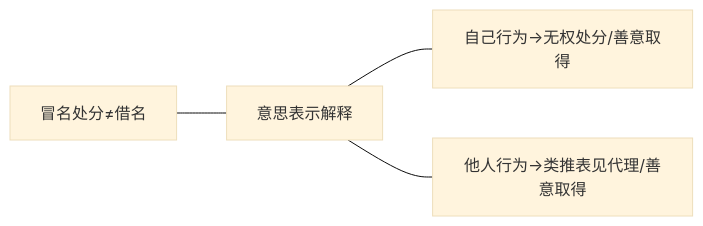
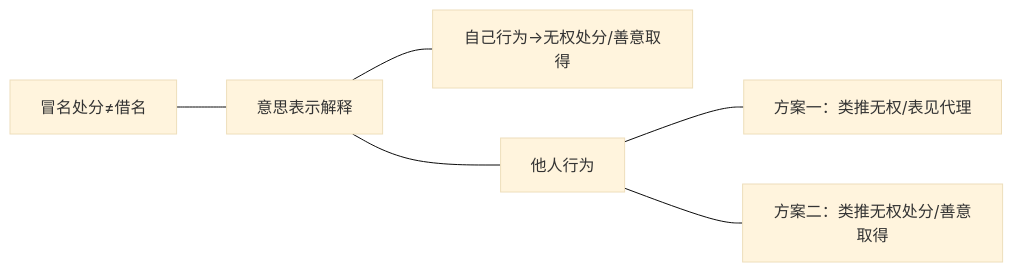
The diagram in 课堂笔记/民法笔记/金可可民法/民法总则/法律事实、法律行为与代理/法律行为/法律行为之分类：负担行为与处分行为.md (fish-forget-senven/law-obsidian), drawn with Mermaid (base theme) before and after one commit. The commit also changed other lines of this file and 14 other files, not shown here.

````diff
--- a/课堂笔记/民法笔记/金可可民法/民法总则/法律事实、法律行为与代理/法律行为/法律行为之分类：负担行为与处分行为.md
+++ b/课堂笔记/民法笔记/金可可民法/民法总则/法律事实、法律行为与代理/法律行为/法律行为之分类：负担行为与处分行为.md
@@ -1148,9 +1150,12 @@
 ```mermaid
 flowchart LR
 1["冒名处分≠借名"]
 2[意思表示解释]
 3["自己行为→无权处分/善意取得"]
-4["他人行为→类推表见代理/善意取得"]
+4[他人行为]
+5["方案一：类推无权/表见代理"]
+6["方案二：类推无权处分/善意取得"]
 1---2
 2---3 & 4
+4---5 & 6
 ```
````
